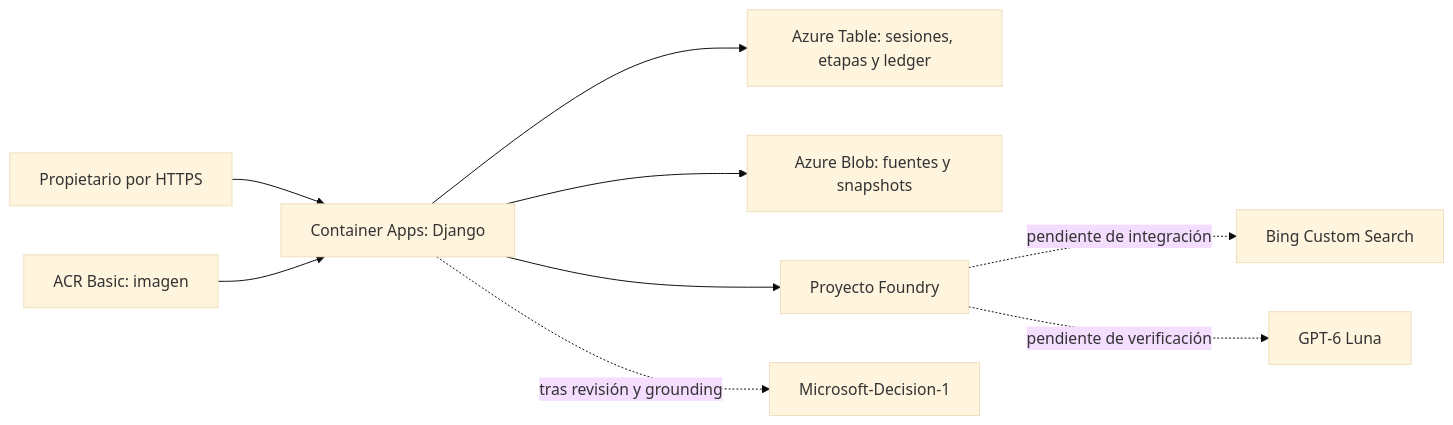
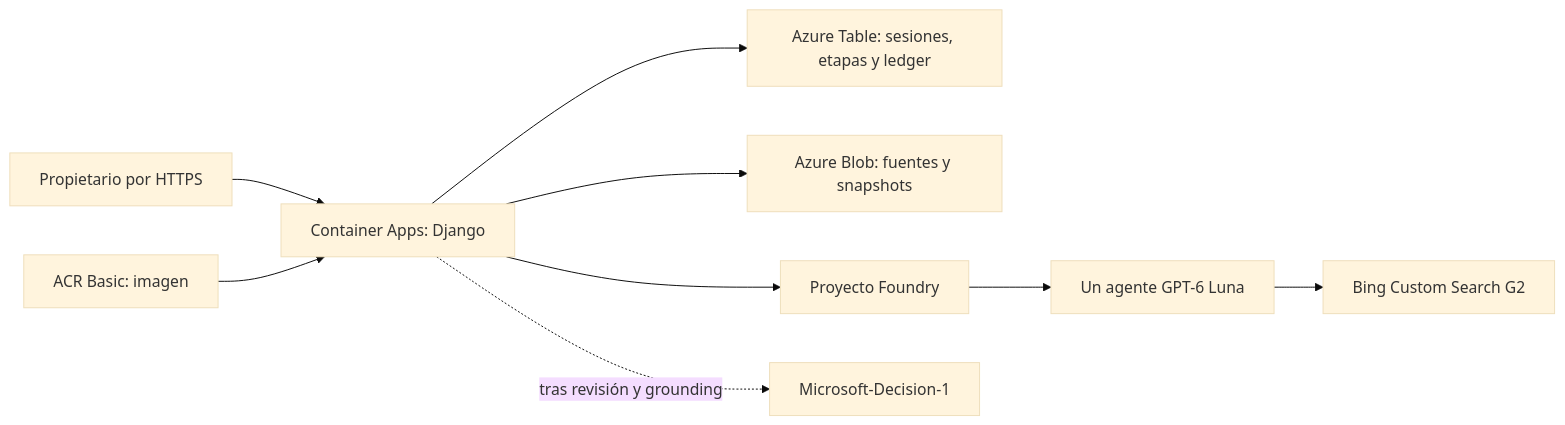
One commit to sboludaf/foundry-django-upgrade-evidence-lab changed the diagram in README.md. Above: the diagram before and after it, drawn with Mermaid (base theme). The commit also changed other lines of this file and 10 other files, not shown here.

````diff
--- a/README.md
+++ b/README.md
@@ -96,11 +98,11 @@
 ```mermaid
 flowchart LR
   U[Propietario por HTTPS] --> W[Container Apps: Django]
   W --> T[Azure Table: sesiones, etapas y ledger]
   W --> B[Azure Blob: fuentes y snapshots]
   ACR[ACR Basic: imagen] --> W
   W --> F[Proyecto Foundry]
-  F -. pendiente de integración .-> G[Bing Custom Search]
-  F -. pendiente de verificación .-> L[GPT-6 Luna]
+  F --> L[Un agente GPT-6 Luna]
+  L --> G[Bing Custom Search G2]
   W -. tras revisión y grounding .-> D[Microsoft-Decision-1]
 ```
````
